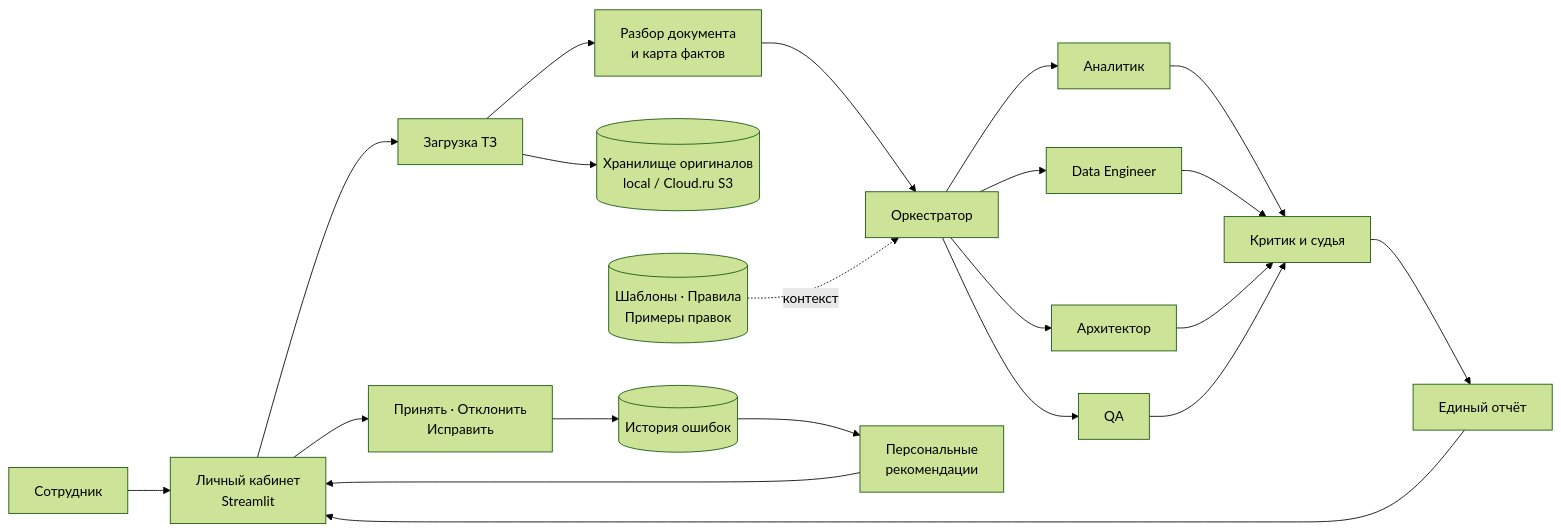
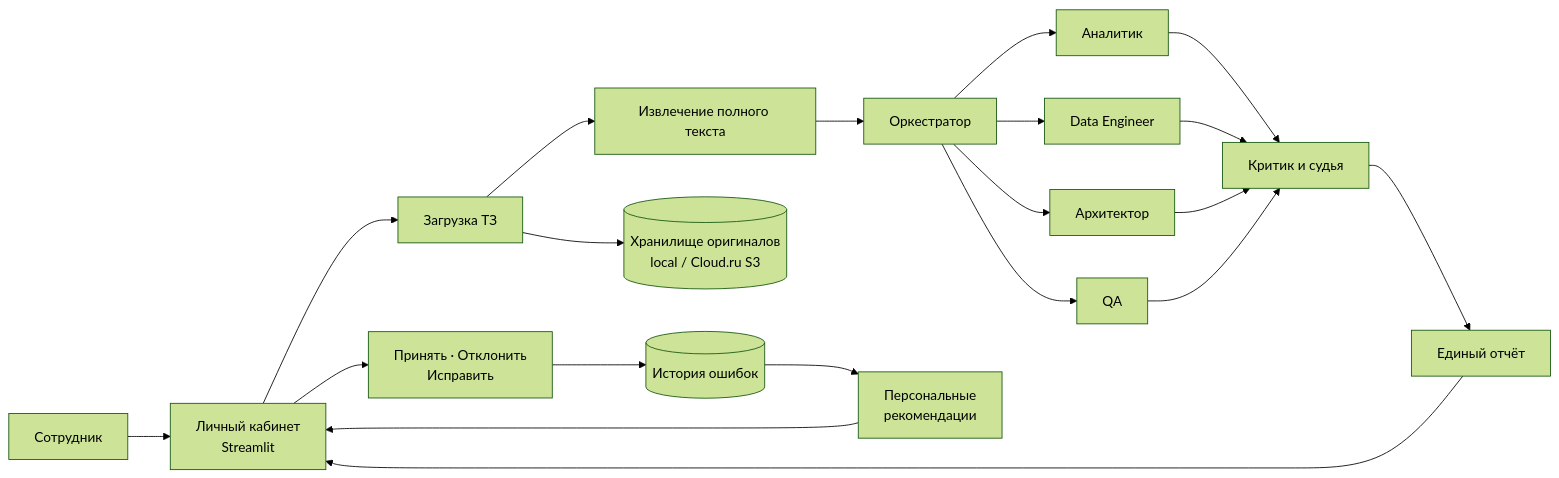
Before and after one commit to 1DenBackyard/itmoxmts: the first of 2 diagrams in README.md, drawn with Mermaid (forest theme). The commit also changed other lines of this file and 35 other files, not shown here.

````diff
--- a/README.md
+++ b/README.md
@@ -26,27 +31,26 @@
 ```mermaid
 flowchart LR
     USER["Сотрудник"] --> LK["Личный кабинет<br/>Streamlit"]
     LK --> INPUT["Загрузка ТЗ"]
-    INPUT --> PREP["Разбор документа<br/>и карта фактов"]
+    INPUT --> PREP["Извлечение полного текста"]
     INPUT --> OBJECTS[("Хранилище оригиналов<br/>local / Cloud.ru S3")]
     PREP --> ORCH["Оркестратор"]
 
     ORCH --> A1["Аналитик"]
     ORCH --> A2["Data Engineer"]
     ORCH --> A3["Архитектор"]
     ORCH --> A4["QA"]
 
     A1 --> CONTROL["Критик и судья"]
     A2 --> CONTROL
     A3 --> CONTROL
     A4 --> CONTROL
 
-    KB[("Шаблоны · Правила<br/>Примеры правок")] -. контекст .-> ORCH
     CONTROL --> REPORT["Единый отчёт"]
     REPORT --> LK
 
     LK --> DECISION["Принять · Отклонить<br/>Исправить"]
     DECISION --> HISTORY[("История ошибок")]
     HISTORY --> PROFILE["Персональные<br/>рекомендации"]
     PROFILE --> LK
 ```
````
